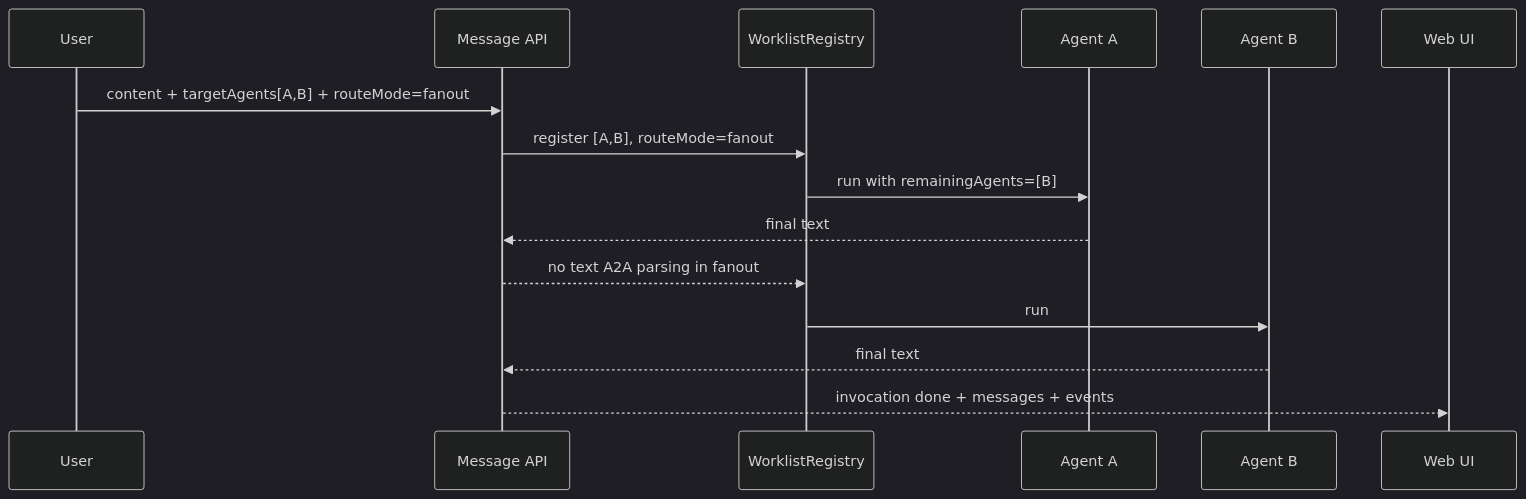
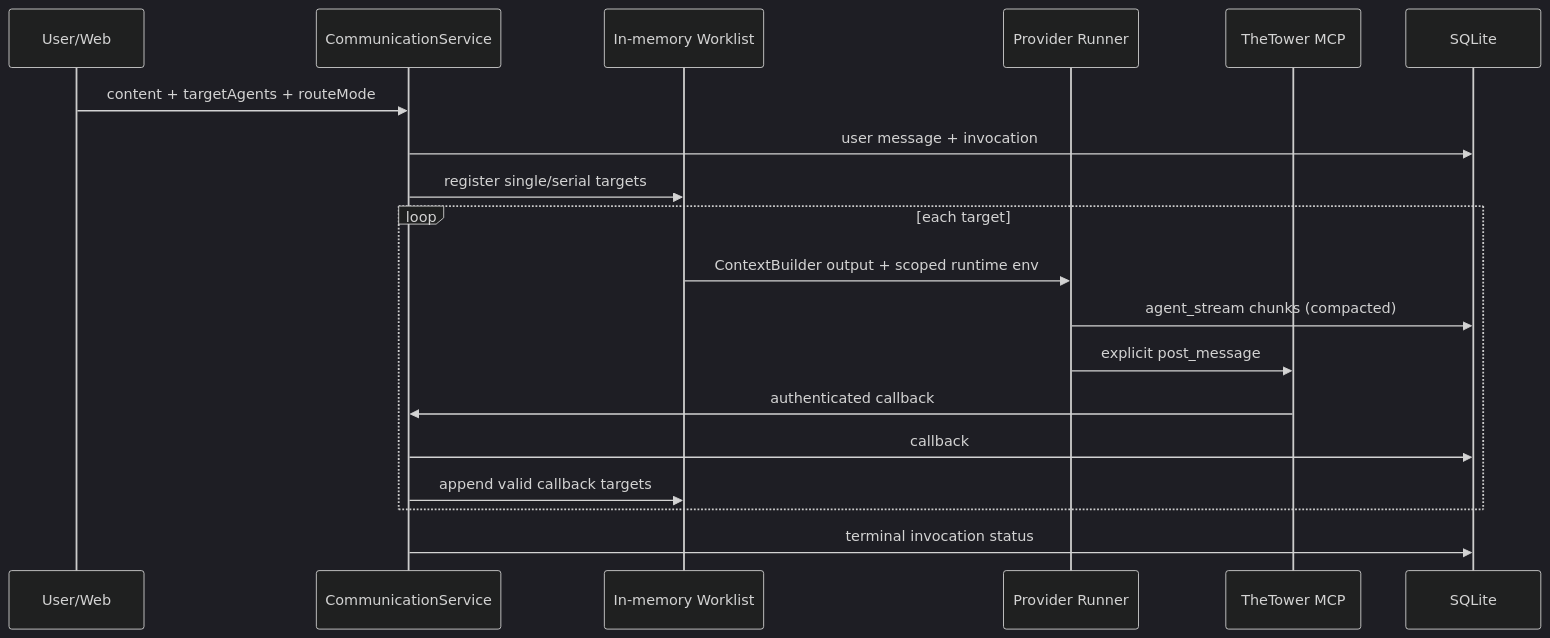
One commit to tianchangNorth/TheTower changed the diagram in docs/architecture/current-a2a-architecture.md. Above: the diagram before and after it, drawn with Mermaid (dark theme). The commit also changed other lines of this file and 41 other files, not shown here.

First line of the commit message:
Update documentation to reflect current project architecture and phase statuses

````diff
--- a/docs/architecture/current-a2a-architecture.md
+++ b/docs/architecture/current-a2a-architecture.md
@@ -759,18 +53,22 @@
 ```mermaid
 sequenceDiagram
-  participant U as User
-  participant API as Message API
-  participant W as WorklistRegistry
-  participant A as Agent A
-  participant B as Agent B
-  participant UI as Web UI
+  participant U as User/Web
+  participant API as CommunicationService
+  participant W as In-memory Worklist
+  participant R as Provider Runner
+  participant MCP as TheTower MCP
+  participant DB as SQLite
 
-  U->>API: content + targetAgents[A,B] + routeMode=fanout
-  API->>W: register [A,B], routeMode=fanout
-  W->>A: run with remainingAgents=[B]
-  A-->>API: final text
-  API-->>W: no text A2A parsing in fanout
-  W->>B: run
-  B-->>API: final text
-  API-->>UI: invocation done + messages + events
+  U->>API: content + targetAgents + routeMode
+  API->>DB: user message + invocation
+  API->>W: register single/serial targets
+  loop each target
+    W->>R: ContextBuilder output + scoped runtime env
+    R->>DB: agent_stream chunks (compacted)
+    R->>MCP: explicit post_message
+    MCP->>API: authenticated callback
+    API->>DB: callback
+    API->>W: append valid callback targets
+  end
+  API->>DB: terminal invocation status
 ```
````
